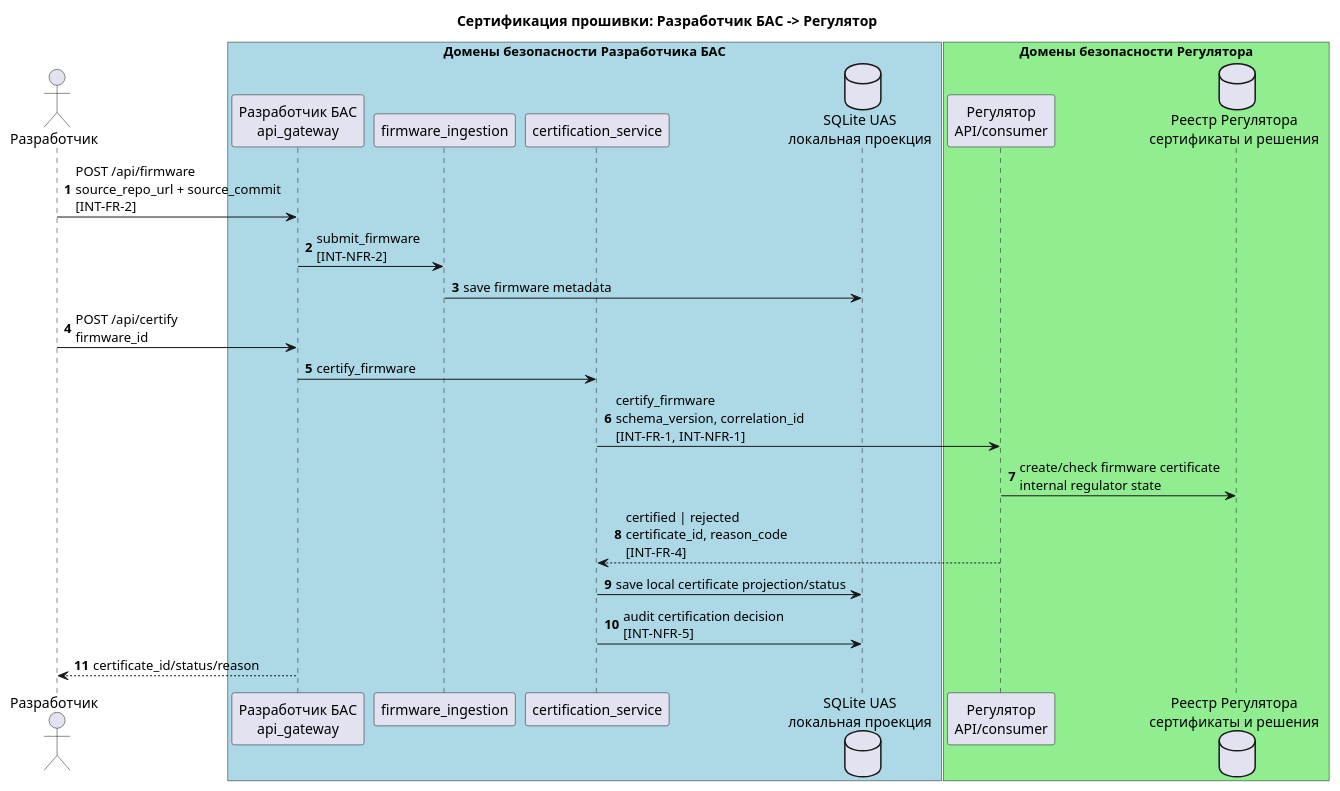
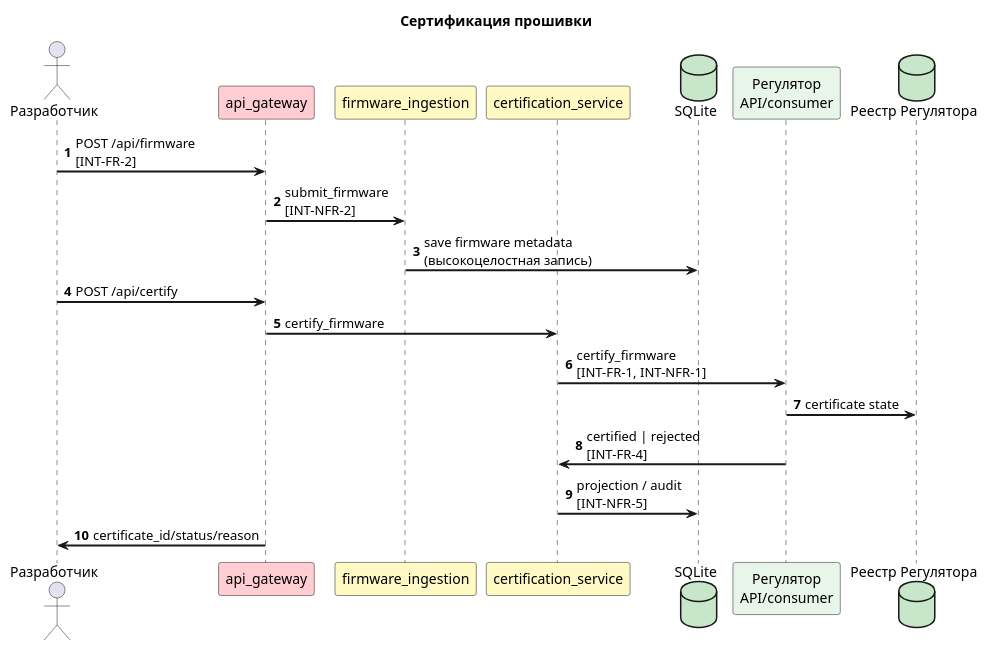
Before and after one commit to sergeysobolev-spbu/sbd-drones-economics: the diagram in systems/uas_dev_company/docs/diagrams/integration_firmware_certification.puml, drawn with PlantUML. The commit also changed 108 other files, not shown here.

First line of the commit message:
feat(uas_dev_company): domain SQLite, worker image, TCB tooling

```diff
--- a/systems/uas_dev_company/docs/diagrams/integration_firmware_certification.puml
+++ b/systems/uas_dev_company/docs/diagrams/integration_firmware_certification.puml
@@ -1,29 +1,25 @@
 @startuml integration_firmware_certification
-title Сертификация прошивки: Разработчик БАС -> Регулятор
+title Сертификация прошивки
+
+skinparam ArrowThickness 2
 
 autonumber
 actor "Разработчик" as Dev
-box "Домены безопасности Разработчика БАС" #LightBlue
-    participant "Разработчик БАС\napi_gateway" as UAS
-    participant "firmware_ingestion" as FW
-    participant "certification_service" as CERT
-    database "SQLite UAS\nлокальная проекция" as UASDB
-end box
+participant "api_gateway" as GW #FFCDD2
+participant "firmware_ingestion" as FW #FFF9C4
+participant "certification_service" as CERT #FFF9C4
+database "SQLite" as UASDB #C8E6C9
+participant "Регулятор\nAPI/consumer" as REG #E8F5E9
+database "Реестр Регулятора" as REGDB #C8E6C9
 
-box "Домены безопасности Регулятора" #LightGreen
-    participant "Регулятор\nAPI/consumer" as REG
-    database "Реестр Регулятора\nсертификаты и решения" as REGDB
-end box
-
-Dev -> UAS : POST /api/firmware\nsource_repo_url + source_commit\n[INT-FR-2]
-UAS -> FW : submit_firmware\n[INT-NFR-2]
-FW -> UASDB : save firmware metadata
-Dev -> UAS : POST /api/certify\nfirmware_id
-UAS -> CERT : certify_firmware
-CERT -> REG : certify_firmware\nschema_version, correlation_id\n[INT-FR-1, INT-NFR-1]
-REG -> REGDB : create/check firmware certificate\ninternal regulator state
-REG --> CERT : certified | rejected\ncertificate_id, reason_code\n[INT-FR-4]
-CERT -> UASDB : save local certificate projection/status
-CERT -> UASDB : audit certification decision\n[INT-NFR-5]
-UAS --> Dev : certificate_id/status/reason
+Dev -> GW : POST /api/firmware\n[INT-FR-2]
+GW -> FW : submit_firmware\n[INT-NFR-2]
+FW -> UASDB : save firmware metadata\n(высокоцелостная запись)
+Dev -> GW : POST /api/certify
+GW -> CERT : certify_firmware
+CERT -> REG : certify_firmware\n[INT-FR-1, INT-NFR-1]
+REG -> REGDB : certificate state
+REG -> CERT : certified | rejected\n[INT-FR-4]
+CERT -> UASDB : projection / audit\n[INT-NFR-5]
+GW -> Dev : certificate_id/status/reason
 @enduml
```
